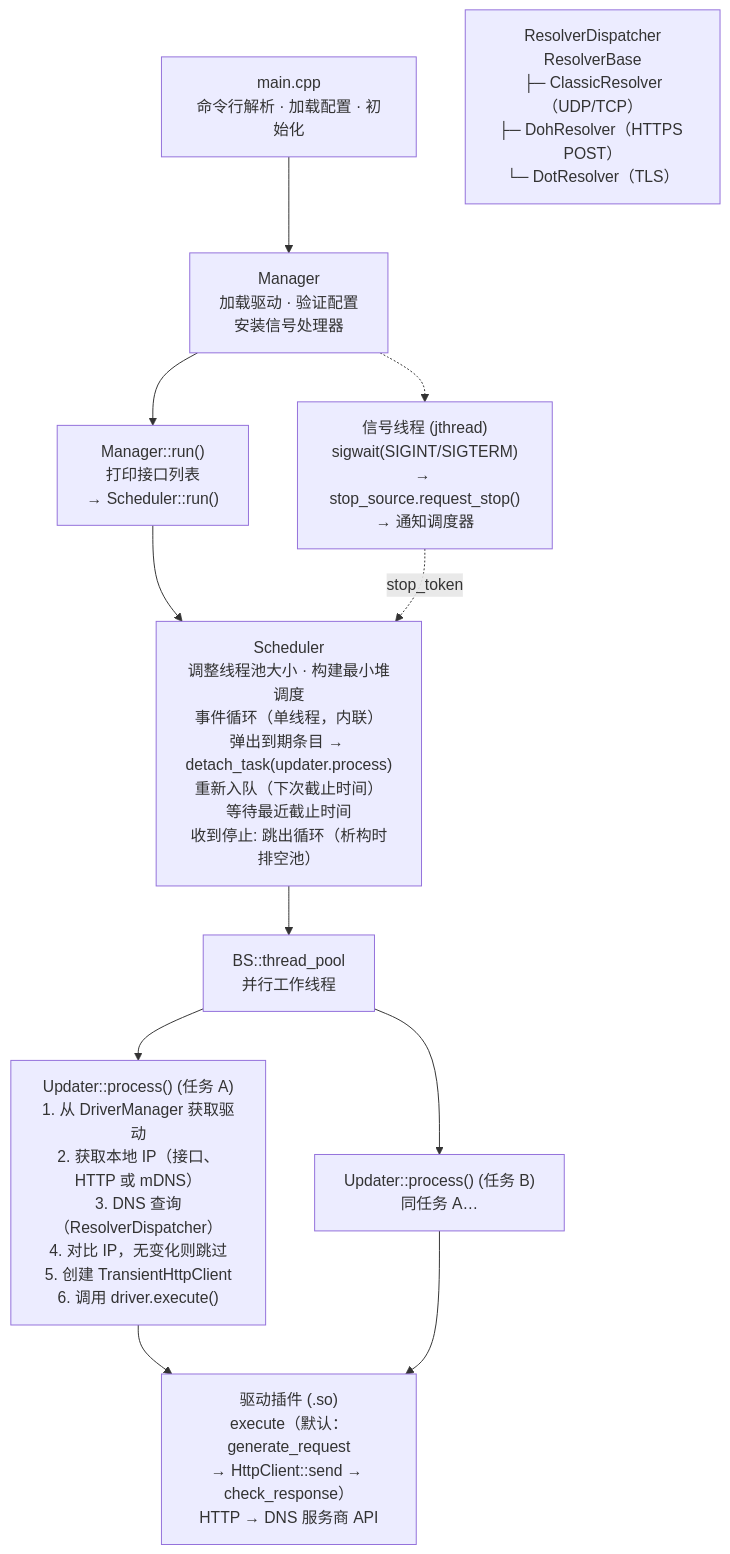
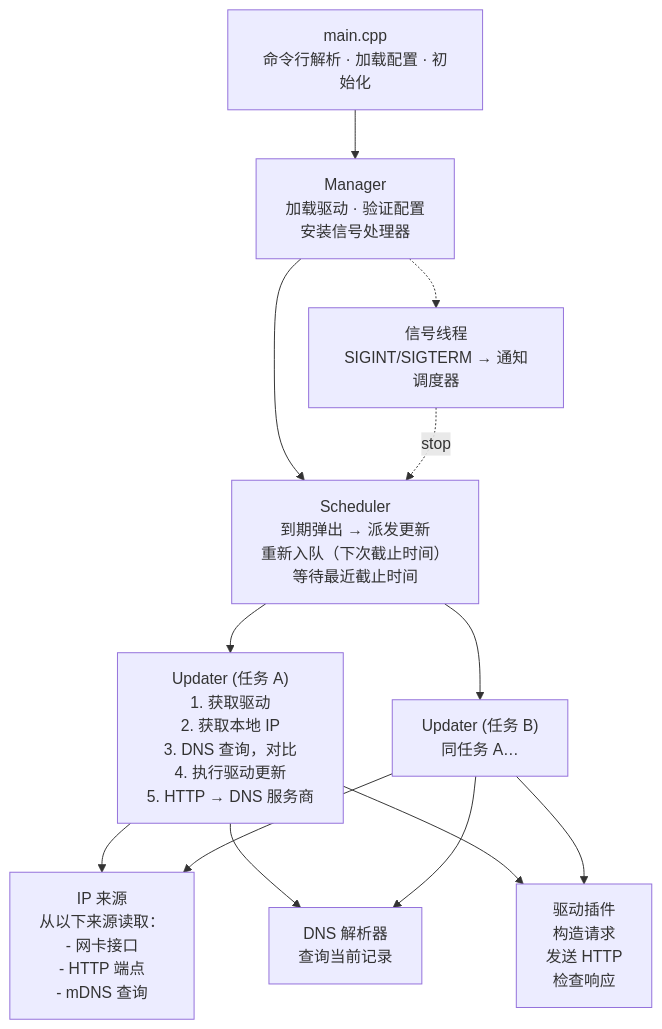
One commit to CyberKoo/yaddnsc changed the diagram in README_CN.md. Above: the diagram before and after it, drawn with Mermaid. The commit also changed other lines of this file and 1 other file, not shown here.

````diff
--- a/README_CN.md
+++ b/README_CN.md
@@ -27,53 +30,46 @@
 ```mermaid
 flowchart TB
     main["main.cpp
 命令行解析 · 加载配置 · 初始化"]
     mgr["Manager
 加载驱动 · 验证配置
 安装信号处理器"]
-    run["Manager::run()
-打印接口列表
-→ Scheduler::run()"]
     sched["Scheduler
-调整线程池大小 · 构建最小堆调度
-事件循环（单线程，内联）
-弹出到期条目 → detach_task(updater.process)
+到期弹出 → 派发更新
 重新入队（下次截止时间）
-等待最近截止时间
-收到停止: 跳出循环（析构时排空池）"]
-    signal["信号线程 (jthread)
-sigwait(SIGINT/SIGTERM)
-→ stop_source.request_stop()
-→ 通知调度器"]
-    pool["BS::thread_pool
-并行工作线程"]
-    updaterA["Updater::process() (任务 A)
-1. 从 DriverManager 获取驱动
-2. 获取本地 IP（接口、HTTP 或 mDNS）
-3. DNS 查询（ResolverDispatcher）
-4. 对比 IP，无变化则跳过
-5. 创建 TransientHttpClient
-6. 调用 driver.execute()"]
-    updaterB["Updater::process() (任务 B)
+等待最近截止时间"]
+    signal["信号线程
+SIGINT/SIGTERM → 通知调度器"]
+    updaterA["Updater (任务 A)
+1. 获取驱动
+2. 获取本地 IP
+3. DNS 查询，对比
+4. 执行驱动更新
+5. HTTP → DNS 服务商"]
+    updaterB["Updater (任务 B)
 同任务 A…"]
-    driver["驱动插件 (.so)
-execute（默认：generate_request
-→ HttpClient::send → check_response）
-HTTP → DNS 服务商 API"]
-    dns["ResolverDispatcher
-ResolverBase
-├─ ClassicResolver（UDP/TCP）
-├─ DohResolver（HTTPS POST）
-└─ DotResolver（TLS）"]
+    ip["IP 来源
+从以下来源读取：
+- 网卡接口
+- HTTP 端点
+- mDNS 查询"]
+    dns["DNS 解析器
+查询当前记录"]
+    driver["驱动插件
+构造请求
+发送 HTTP
+检查响应"]
 
     main --> mgr
-    mgr --> run
-    run --> sched
+    mgr --> sched
     mgr -.-> signal
-    signal -.->|stop_token| sched
-    sched --> pool
-    pool --> updaterA
-    pool --> updaterB
+    signal -.->|stop| sched
+    sched --> updaterA
+    sched --> updaterB
+    updaterA --> ip
+    updaterA --> dns
     updaterA --> driver
+    updaterB --> ip
+    updaterB --> dns
     updaterB --> driver
 ```
````
